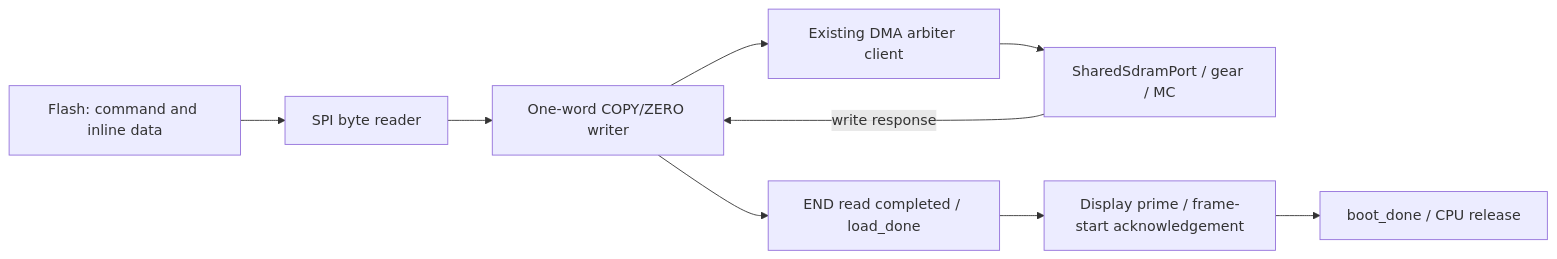
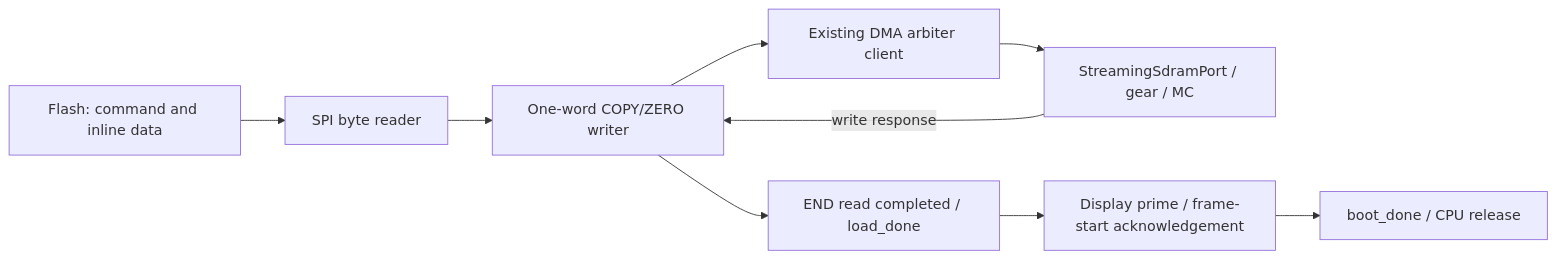
One commit to misdake/DigitalDesign changed the diagram in systems/cpu-v3-tang-nano-20k/docs/boot-image-format.md. Above: the diagram before and after it, drawn with Mermaid. The commit also changed 116 other files, not shown here.

```diff
--- a/systems/cpu-v3-tang-nano-20k/docs/boot-image-format.md
+++ b/systems/cpu-v3-tang-nano-20k/docs/boot-image-format.md
@@ -139,11 +139,11 @@
 ~~~mermaid
 flowchart LR
   F[Flash: command and inline data] --> R[SPI byte reader]
   R --> W[One-word COPY/ZERO writer]
   W --> A[Existing DMA arbiter client]
-  A --> M[SharedSdramPort / gear / MC]
+  A --> M[StreamingSdramPort / gear / MC]
   M -->|write response| W
   W --> E[END read completed / load_done]
   E --> D[Display prime / frame-start acknowledgement]
   D --> C[boot_done / CPU release]
 ~~~
```
